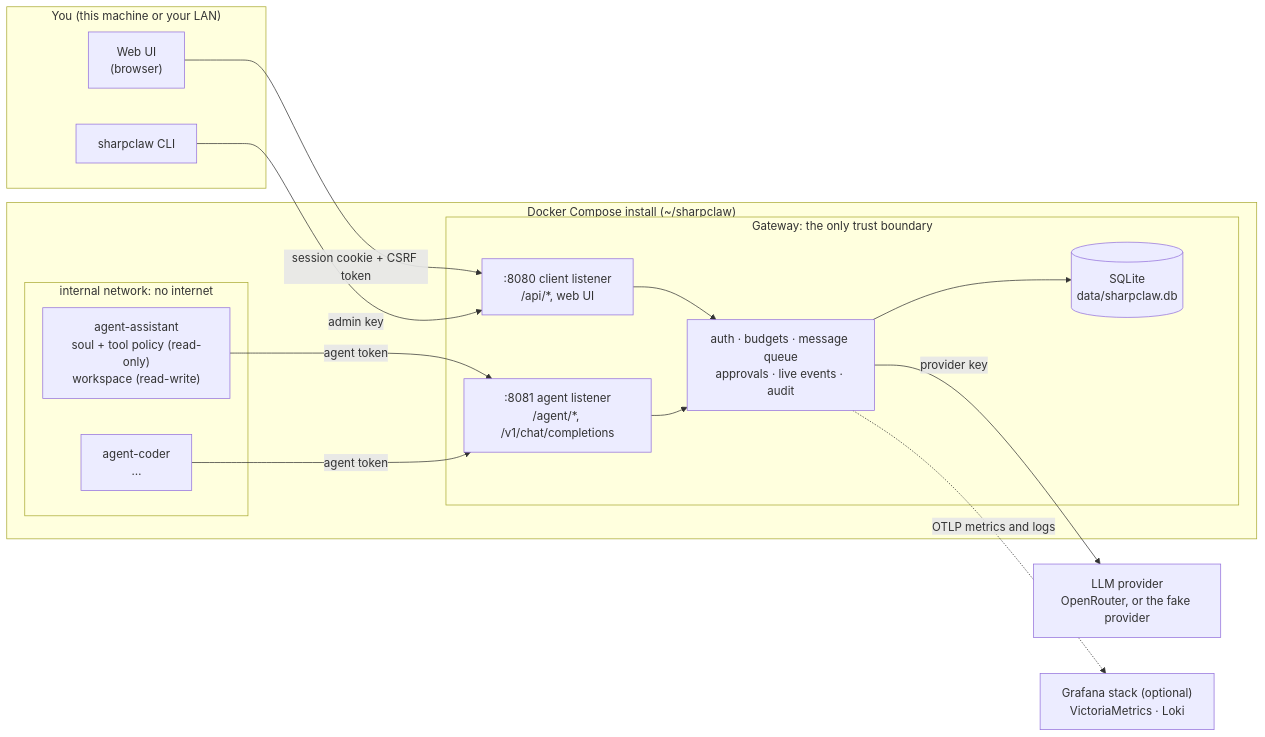
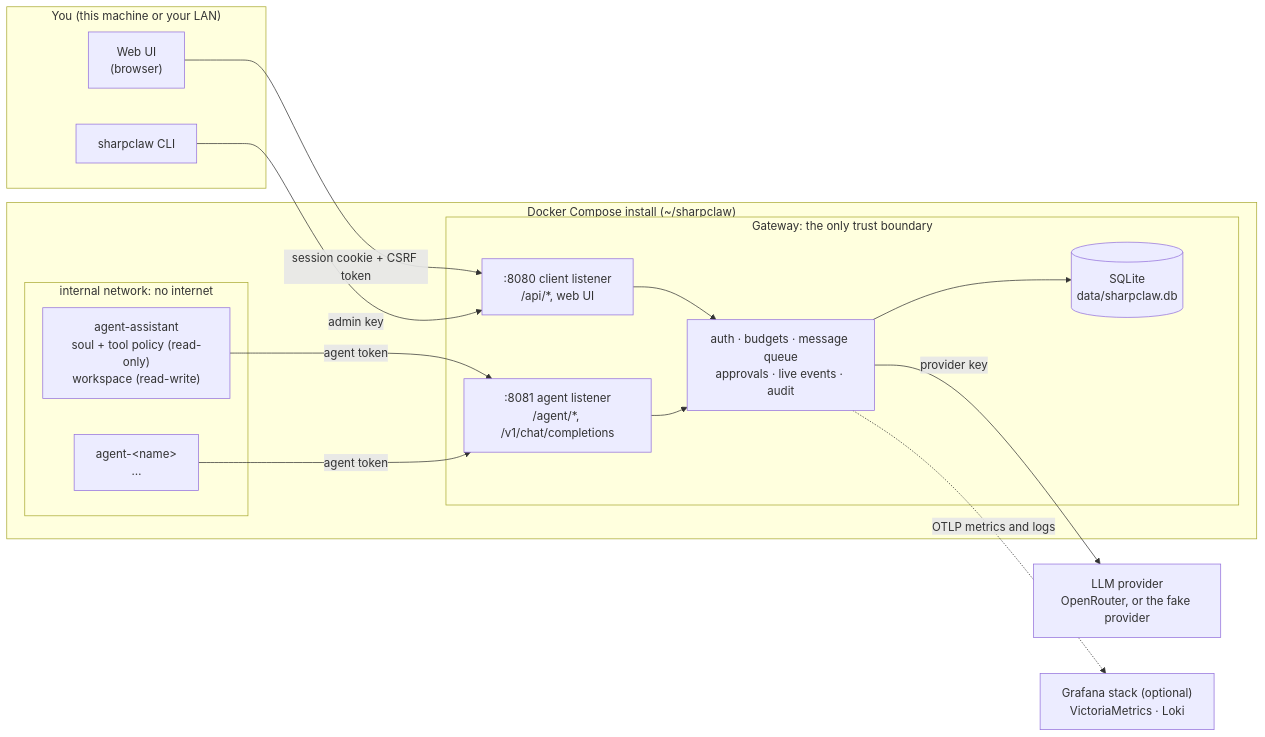
One commit to kjhughes097/sharpclaw changed the first of 2 diagrams in README.md. Above: the diagram before and after it, drawn with Mermaid. The commit also changed other lines of this file and 11 other files, not shown here.

````diff
--- a/README.md
+++ b/README.md
@@ -91,33 +91,33 @@
 ```mermaid
 flowchart LR
   subgraph you["You (this machine or your LAN)"]
     browser["Web UI<br/>(browser)"]
     cli["sharpclaw CLI"]
   end
 
   subgraph install["Docker Compose install (~/sharpclaw)"]
     subgraph gateway["Gateway: the only trust boundary"]
       client[":8080 client listener<br/>/api/*, web UI"]
       core["auth · budgets · message queue<br/>approvals · live events · audit"]
       agentapi[":8081 agent listener<br/>/agent/*, /v1/chat/completions"]
       db[("SQLite<br/>data/sharpclaw.db")]
     end
     subgraph internal["internal network: no internet"]
       assistant["agent-assistant<br/>soul + tool policy (read-only)<br/>workspace (read-write)"]
-      coder["agent-coder<br/>…"]
+      more["agent-&lt;name&gt;<br/>…"]
     end
   end
 
   llm["LLM provider<br/>OpenRouter, or the fake provider"]
   otel["Grafana stack (optional)<br/>VictoriaMetrics · Loki"]
 
   browser -- "session cookie + CSRF token" --> client
   cli -- "admin key" --> client
   client --> core
   agentapi --> core
   core --> db
   assistant -- "agent token" --> agentapi
-  coder -- "agent token" --> agentapi
+  more -- "agent token" --> agentapi
   core -- "provider key" --> llm
   core -. "OTLP metrics and logs" .-> otel
 ```
````
